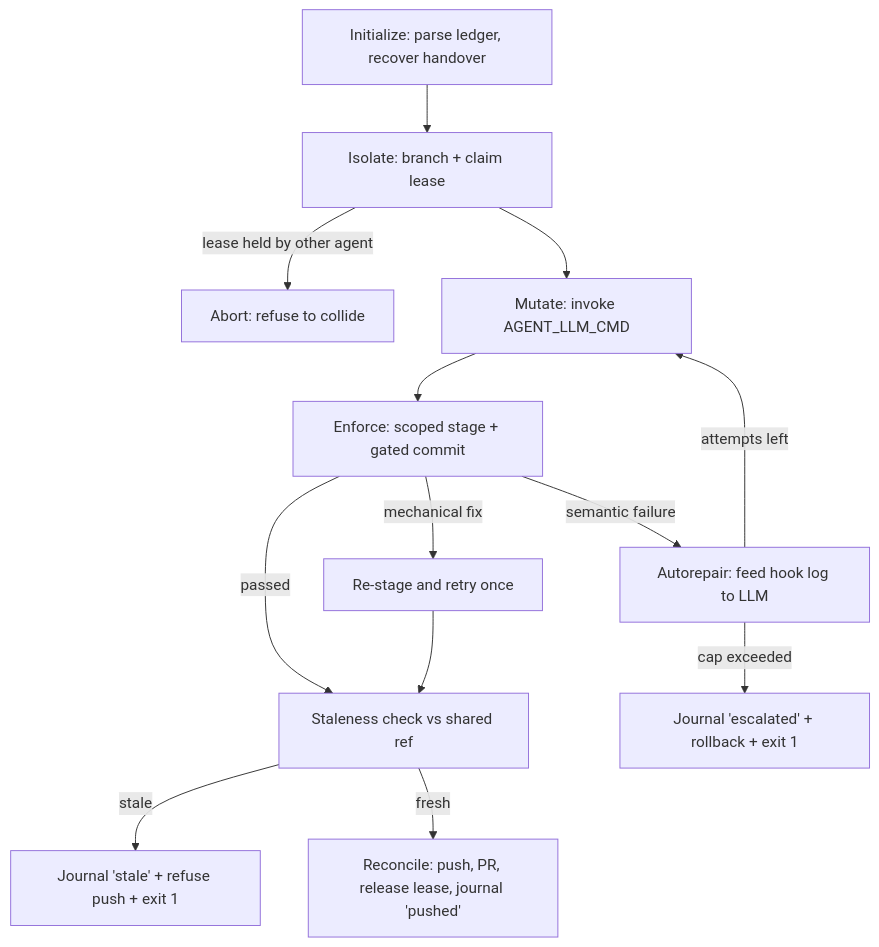
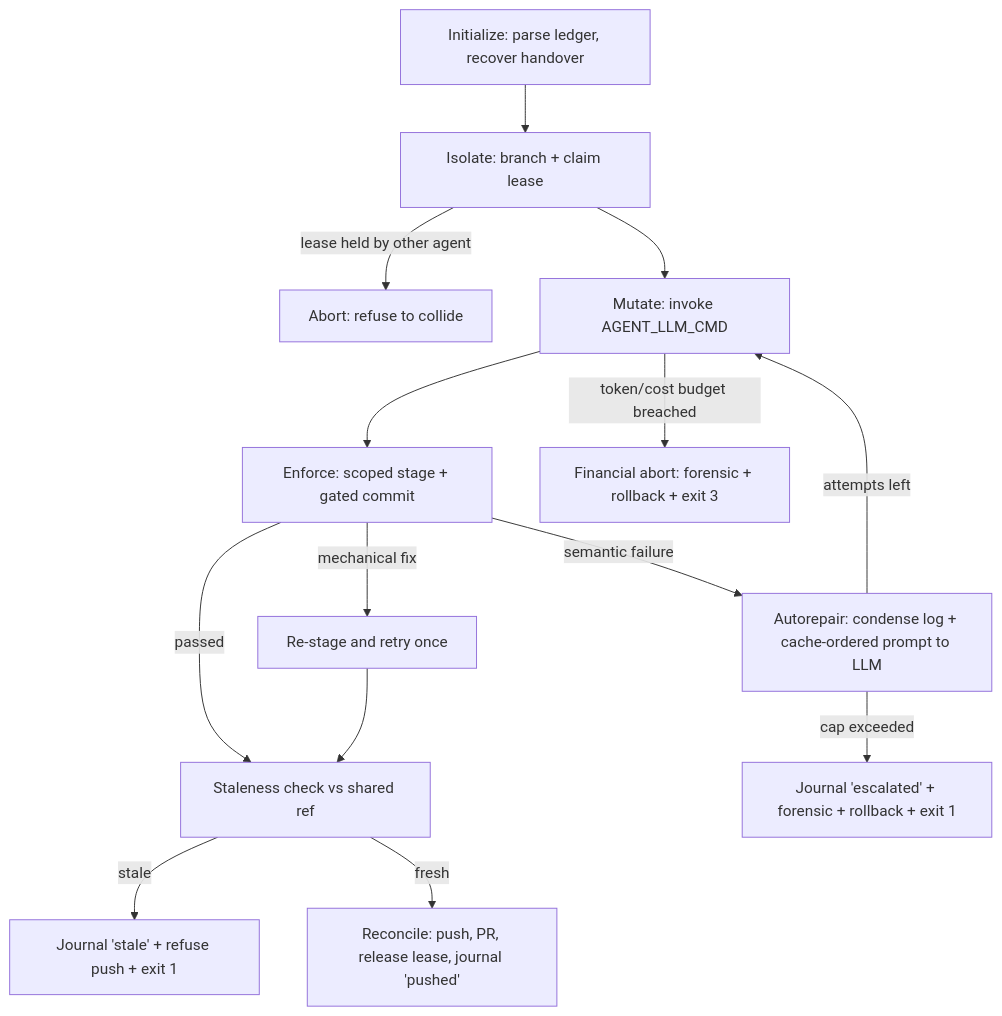
One commit to yuvhaim-gif/dev_harness changed the diagram in README.md. Above: the diagram before and after it, drawn with Mermaid. The commit also changed other lines of this file, not shown here.

Commit message:
docs(readme): document hardening layer (budgets, condenser, prompt cache, command guard, override, forensics)

````diff
--- a/README.md
+++ b/README.md
@@ -18,15 +20,16 @@
 ```mermaid
 flowchart TD
     A[Initialize: parse ledger, recover handover] --> B[Isolate: branch + claim lease]
     B -->|lease held by other agent| R0[Abort: refuse to collide]
     B --> C[Mutate: invoke AGENT_LLM_CMD]
     C --> D[Enforce: scoped stage + gated commit]
+    C -->|token/cost budget breached| B0[Financial abort: forensic + rollback + exit 3]
     D -->|passed| S[Staleness check vs shared ref]
     D -->|mechanical fix| C2[Re-stage and retry once]
     C2 --> S
-    D -->|semantic failure| E[Autorepair: feed hook log to LLM]
+    D -->|semantic failure| E[Autorepair: condense log + cache-ordered prompt to LLM]
     E -->|attempts left| C
-    E -->|cap exceeded| R[Journal 'escalated' + rollback + exit 1]
+    E -->|cap exceeded| R[Journal 'escalated' + forensic + rollback + exit 1]
     S -->|stale| R2[Journal 'stale' + refuse push + exit 1]
     S -->|fresh| F[Reconcile: push, PR, release lease, journal 'pushed']
 ```
````
